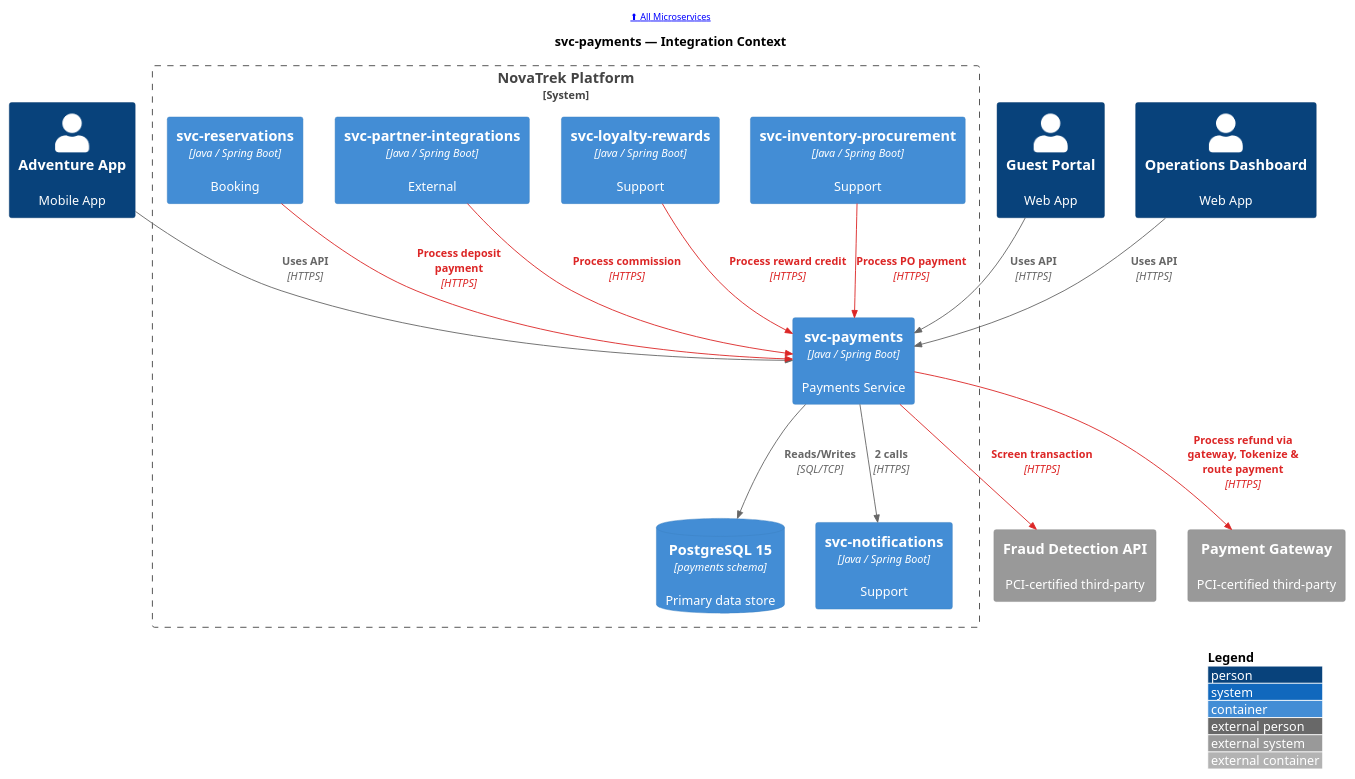
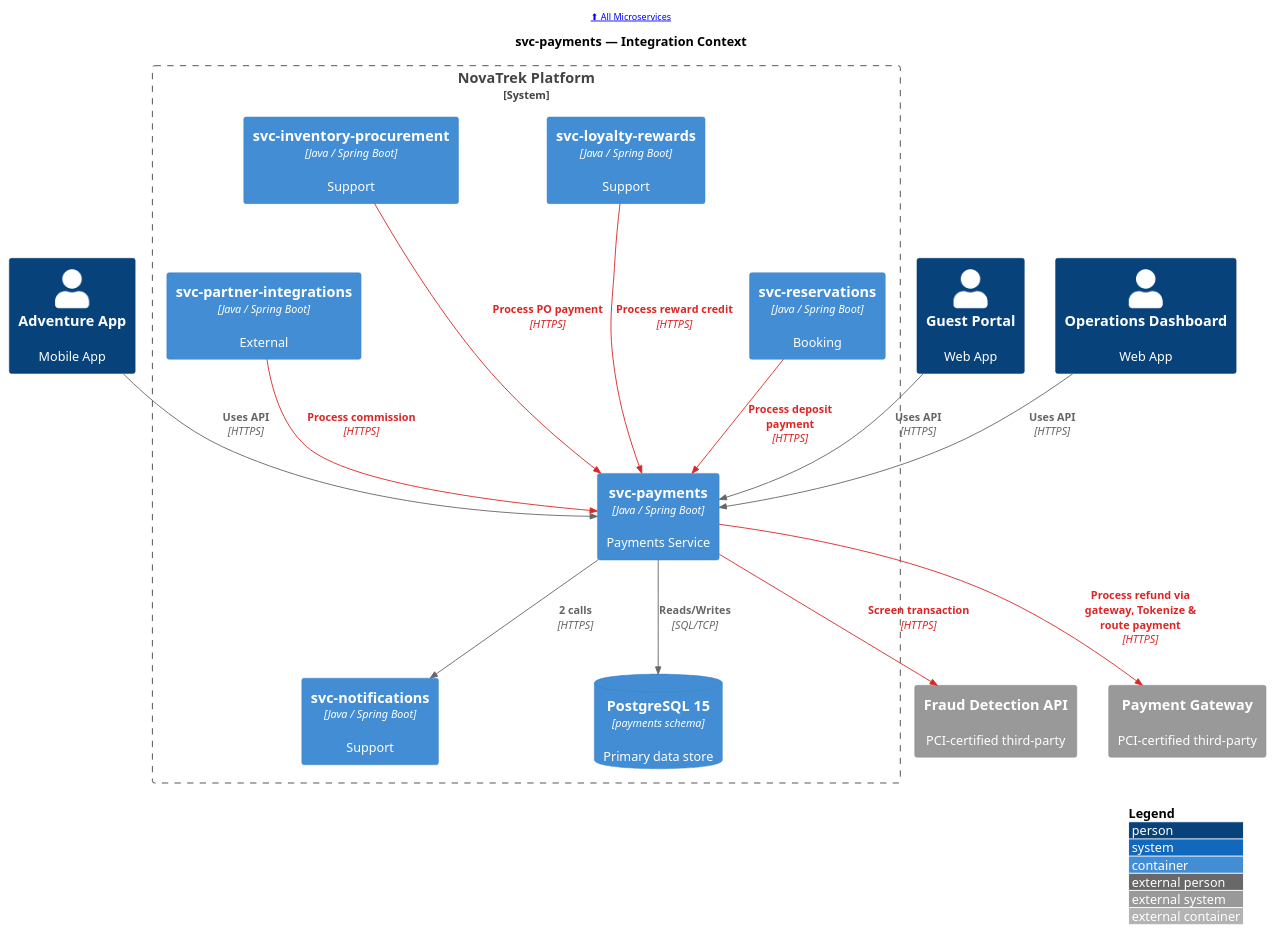
The diagram in portal/docs/microservices/puml/svc-payments--c4-context.puml (christopherblaisdell/continuous-architecture-platform-poc), drawn with PlantUML before and after one commit. The commit also changed 22 other files, not shown here.

First line of the commit message:
fix: restructure event-flow and C4 context diagram layouts for better aspect ratios

```diff
--- a/portal/docs/microservices/puml/svc-payments--c4-context.puml
+++ b/portal/docs/microservices/puml/svc-payments--c4-context.puml
@@ -1,42 +1,47 @@
 @startuml
 !include <c4/C4_Container>
 
 LAYOUT_WITH_LEGEND()
 LAYOUT_TOP_DOWN()
 
 AddRelTag("pci", $lineColor="#DC2626", $textColor="#DC2626", $legendText="PCI Data Flow")
 
 header [[/microservices/ ⬆ All Microservices]]
 
 title svc-payments — Integration Context
 
 Person(app_guest_mobile, "Adventure App", "Mobile App", $link="/applications/app-guest-mobile/#service-dependencies")
 Person(web_guest_portal, "Guest Portal", "Web App", $link="/applications/web-guest-portal/#service-dependencies")
 Person(web_ops_dashboard, "Operations Dashboard", "Web App", $link="/applications/web-ops-dashboard/#service-dependencies")
 
 System_Boundary(boundary, "NovaTrek Platform") {
     Container(svc_payments, "svc-payments", "Java / Spring Boot", "Payments Service", $link="/microservices/svc-payments/")
     ContainerDb(svc_payments_db, "PostgreSQL 15", "payments schema", "Primary data store", $link="/microservices/svc-payments/#data-store")
     Container(svc_inventory_procurement, "svc-inventory-procurement", "Java / Spring Boot", "Support", $link="/microservices/svc-inventory-procurement/#integration-context")
     Container(svc_loyalty_rewards, "svc-loyalty-rewards", "Java / Spring Boot", "Support", $link="/microservices/svc-loyalty-rewards/#integration-context")
     Container(svc_partner_integrations, "svc-partner-integrations", "Java / Spring Boot", "External", $link="/microservices/svc-partner-integrations/#integration-context")
     Container(svc_reservations, "svc-reservations", "Java / Spring Boot", "Booking", $link="/microservices/svc-reservations/#integration-context")
     Container(svc_notifications, "svc-notifications", "Java / Spring Boot", "Support", $link="/microservices/svc-notifications/#integration-context")
 }
 
 System_Ext(Fraud_Detection_API, "Fraud Detection API", "PCI-certified third-party", $link="/actors/#fraud-detection-api")
 System_Ext(Payment_Gateway, "Payment Gateway", "PCI-certified third-party", $link="/actors/#payment-gateway")
 
 Rel(app_guest_mobile, svc_payments, "Uses API", "HTTPS")
 Rel(web_guest_portal, svc_payments, "Uses API", "HTTPS")
 Rel(web_ops_dashboard, svc_payments, "Uses API", "HTTPS")
 Rel(svc_inventory_procurement, svc_payments, "Process PO payment", "HTTPS", $tags="pci")
 Rel(svc_loyalty_rewards, svc_payments, "Process reward credit", "HTTPS", $tags="pci")
 Rel(svc_partner_integrations, svc_payments, "Process commission", "HTTPS", $tags="pci")
 Rel(svc_reservations, svc_payments, "Process deposit payment", "HTTPS", $tags="pci")
 Rel(svc_payments, svc_payments_db, "Reads/Writes", "SQL/TCP")
 Rel(svc_payments, svc_notifications, "2 calls", "HTTPS")
 Rel(svc_payments, Fraud_Detection_API, "Screen transaction", "HTTPS", $tags="pci")
 Rel(svc_payments, Payment_Gateway, "Process refund via gateway, Tokenize & route payment", "HTTPS", $tags="pci")
 
+' Layout hints: stack peers in columns
+Lay_D(svc_inventory_procurement, svc_partner_integrations)
+Lay_D(svc_loyalty_rewards, svc_reservations)
+Lay_D(svc_partner_integrations, svc_notifications)
+
 @enduml
```
